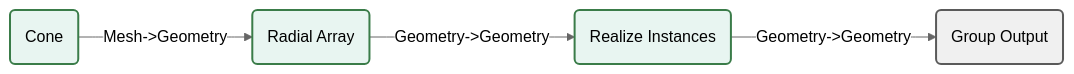
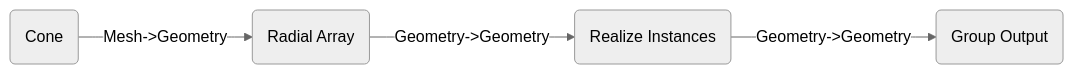
The fourth of 5 diagrams in custom-node-groups.llms.md (BradyAJohnston/nodebpy), drawn with Mermaid (neutral theme) before and after one commit. The commit also changed other lines of this file and 52 other files, not shown here.

````diff
--- a/custom-node-groups.llms.md
+++ b/custom-node-groups.llms.md
@@ -202,19 +175,10 @@
 ``` mermaid
 graph LR
     N0("Cone"):::geometry-node
     N1("Radial Array"):::geometry-node
     N2("Realize Instances"):::geometry-node
     N3("Group Output"):::default-node
     N0 -->|"Mesh->Geometry"| N1
     N1 -->|"Geometry->Geometry"| N2
     N2 -->|"Geometry->Geometry"| N3
-
-    classDef geometry-node fill:#e8f5f1,stroke:#3a7c49,stroke-width:2px
-    classDef converter-node fill:#e6f1f7,stroke:#246283,stroke-width:2px
-    classDef vector-node fill:#e9e9f5,stroke:#3C3C83,stroke-width:2px
-    classDef texture-node fill:#fef3e6,stroke:#E66800,stroke-width:2px
-    classDef shader-node fill:#fef0eb,stroke:#e67c52,stroke-width:2px
-    classDef input-node fill:#f1f8ed,stroke:#7fb069,stroke-width:2px
-    classDef output-node fill:#faf0ed,stroke:#c97659,stroke-width:2px
-    classDef default-node fill:#f0f0f0,stroke:#5a5a5a,stroke-width:2px
 ```
````
